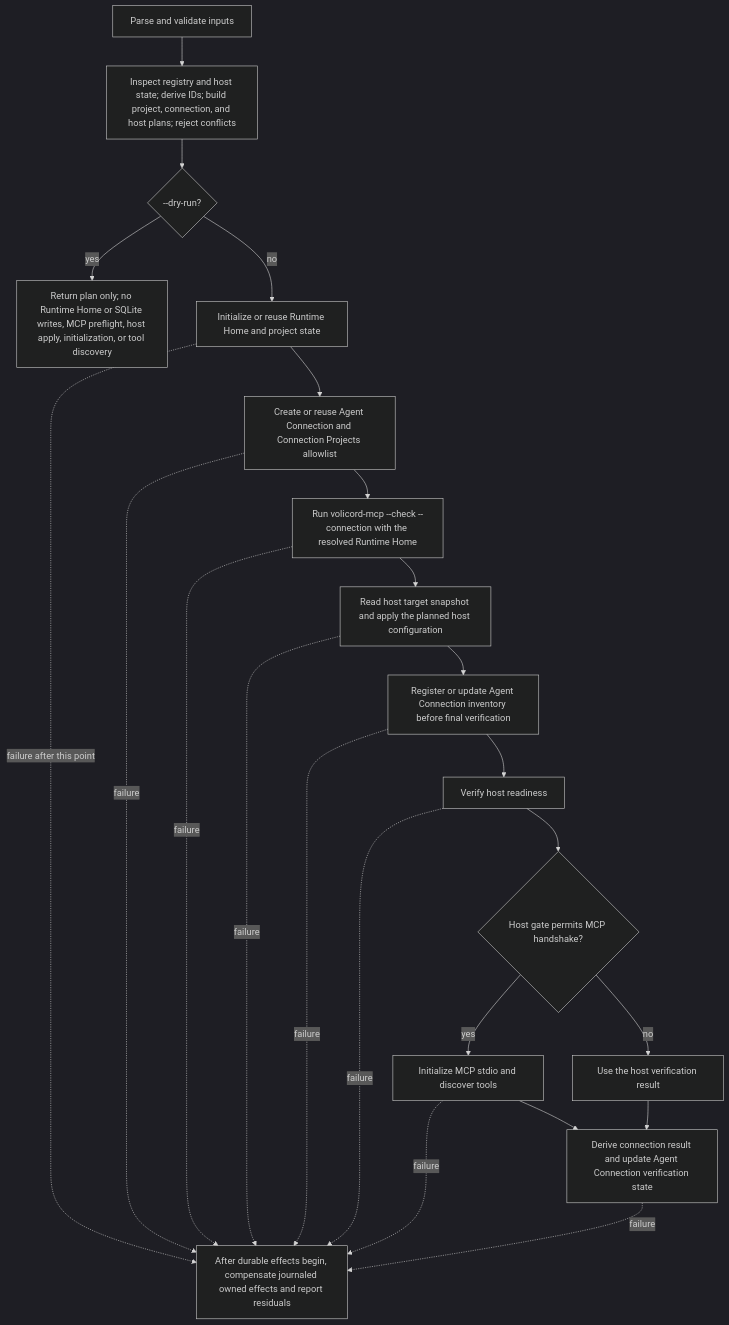
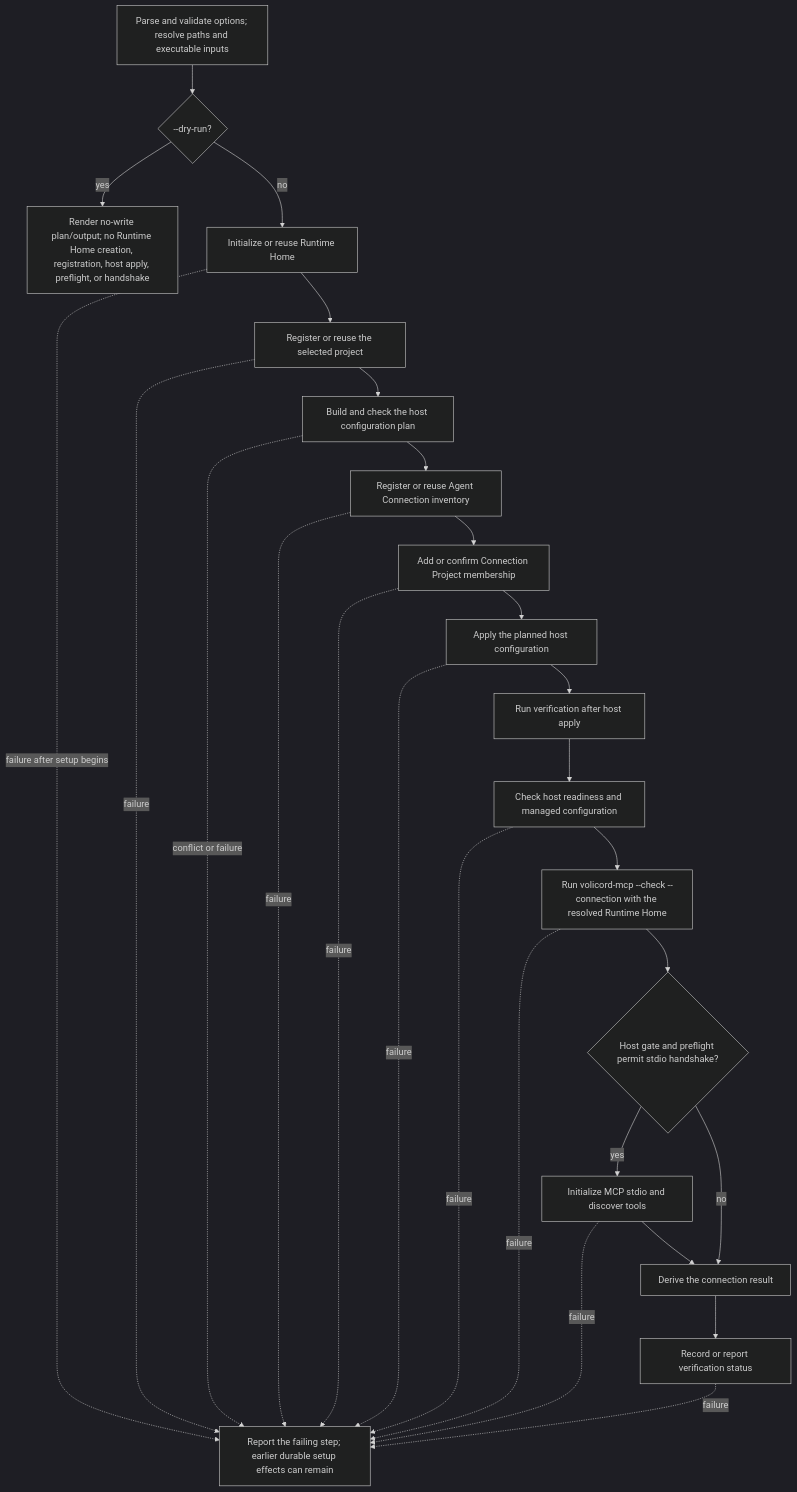
Before and after one commit to minjungw00/Harness_Project: the fourth of 4 diagrams in docs/en/development/architecture.md, drawn with Mermaid (dark theme). The commit also changed other lines of this file and 1 other file, not shown here.

Commit message:
docs: align agent connect setup flow

````diff
--- a/docs/en/development/architecture.md
+++ b/docs/en/development/architecture.md
@@ -228,32 +228,37 @@
 ```mermaid
 flowchart TD
-  parse["Parse and validate inputs"]
-  plan["Inspect registry and host state; derive IDs; build project, connection, and host plans; reject conflicts"]
+  parse["Parse and validate options; resolve paths and executable inputs"]
   dry{"--dry-run?"}
-  dryout["Return plan only; no Runtime Home or SQLite writes, MCP preflight, host apply, initialization, or tool discovery"]
-  runtime["Initialize or reuse Runtime Home and project state"]
-  connection["Create or reuse Agent Connection and Connection Projects allowlist"]
+  dryout["Render no-write plan/output; no Runtime Home creation, registration, host apply, preflight, or handshake"]
+  runtime["Initialize or reuse Runtime Home"]
+  project["Register or reuse the selected project"]
+  plan["Build and check the host configuration plan"]
+  connection["Register or reuse Agent Connection inventory"]
+  membership["Add or confirm Connection Project membership"]
+  host["Apply the planned host configuration"]
+  verify["Run verification after host apply"]
+  readiness["Check host readiness and managed configuration"]
   preflight["Run volicord-mcp --check --connection with the resolved Runtime Home"]
-  host["Read host target snapshot and apply the planned host configuration"]
-  inventory["Register or update Agent Connection inventory before final verification"]
-  readiness["Verify host readiness"]
-  gate{"Host gate permits MCP handshake?"}
+  gate{"Host gate and preflight permit stdio handshake?"}
   handshake["Initialize MCP stdio and discover tools"]
-  hostonly["Use the host verification result"]
-  final["Derive connection result and update Agent Connection verification state"]
-  fail["After durable effects begin, compensate journaled owned effects and report residuals"]
+  aggregate["Derive the connection result"]
+  final["Record or report verification status"]
+  fail["Report the failing step; earlier durable setup effects can remain"]
 
-  parse --> plan --> dry
+  parse --> dry
   dry -- yes --> dryout
-  dry -- no --> runtime --> connection --> preflight --> host --> inventory --> readiness --> gate
-  gate -- yes --> handshake --> final
-  gate -- no --> hostonly --> final
-  runtime -. failure after this point .-> fail
+  dry -- no --> runtime --> project --> plan --> connection --> membership --> host --> verify
+  verify --> readiness --> preflight --> gate
+  gate -- yes --> handshake --> aggregate --> final
+  gate -- no --> aggregate
+  runtime -. failure after setup begins .-> fail
+  project -. failure .-> fail
+  plan -. conflict or failure .-> fail
   connection -. failure .-> fail
+  membership -. failure .-> fail
+  host -. failure .-> fail
+  readiness -. failure .-> fail
   preflight -. failure .-> fail
-  host -. failure .-> fail
-  inventory -. failure .-> fail
-  readiness -. failure .-> fail
   handshake -. failure .-> fail
   final -. failure .-> fail
 ```
````
